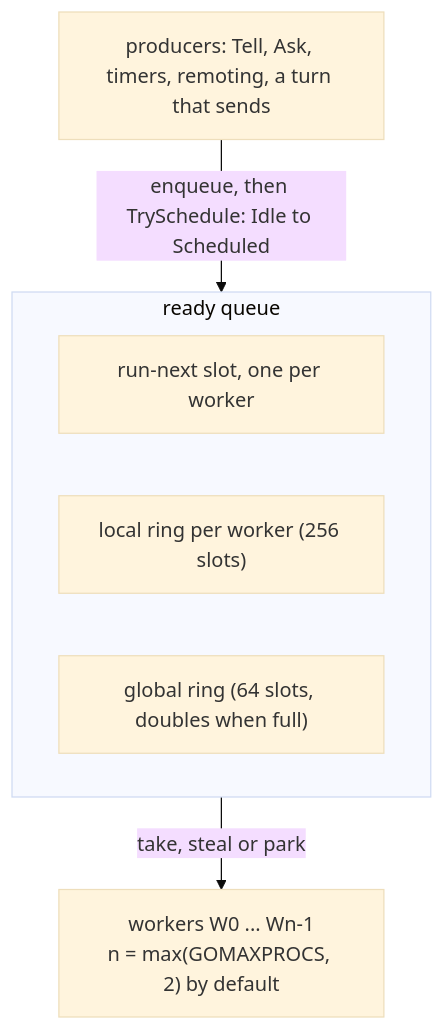
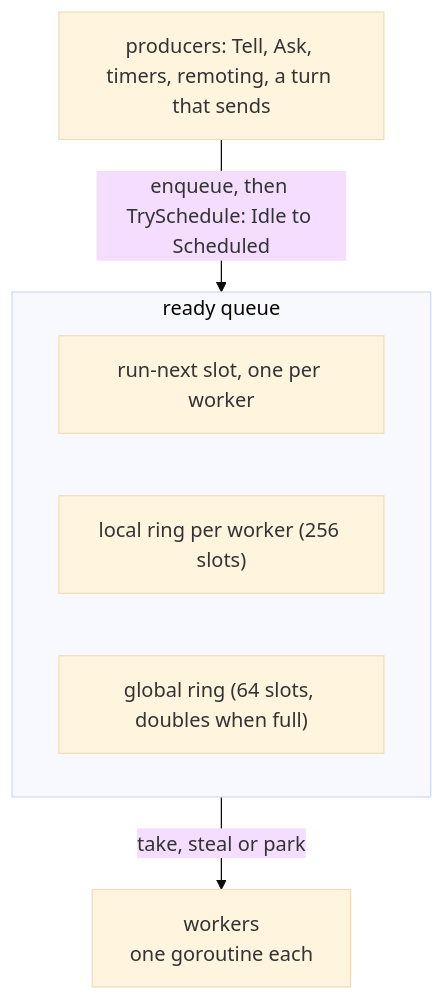
The first of 5 diagrams in book/chapters/chap-07.md (Tochemey/goakt), drawn with Mermaid (base theme) before and after one commit. The commit also changed other lines of this file, not shown here.

Commit message:
style: restyle chapter 7 diagram

````diff
--- a/book/chapters/chap-07.md
+++ b/book/chapters/chap-07.md
@@ -43,12 +43,12 @@
 ```mermaid
 flowchart TD
     P["producers: Tell, Ask, timers, remoting, a turn that sends"]
     subgraph RQ["ready queue"]
         R["run-next slot, one per worker"]
         L["local ring per worker (256 slots)"]
         G["global ring (64 slots, doubles when full)"]
     end
-    W["workers W0 ... Wn-1<br/>n = max(GOMAXPROCS, 2) by default"]
+    W["workers<br/>one goroutine each"]
     P -->|"enqueue, then TrySchedule: Idle to Scheduled"| RQ
     RQ -->|"take, steal or park"| W
 ```
````
